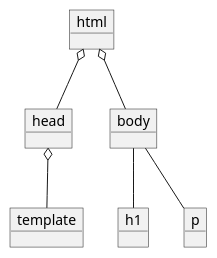
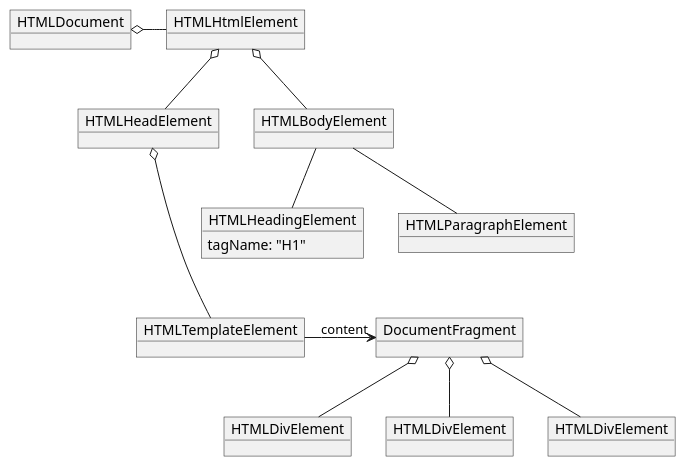
The second of 2 diagrams in pages/two-step-parsing.md (stroiman/presentation-driving-it-2025), drawn with PlantUML before and after one commit. The commit also changed other lines of this file and 20 other files, not shown here.

````diff
--- a/pages/two-step-parsing.md
+++ b/pages/two-step-parsing.md
@@ -57,19 +101,33 @@
 ```plantuml
 @startuml
 
 skinparam backgroundColor transparent
 
-object html
-object head
-object body
-object h1
-object p
-object template
+object HTMLDocument
+object HTMLHtmlElement
+object HTMLHeadElement
+object HTMLBodyElement
+object "HTMLHeadingElement" as h1 {
+    tagName: "H1"
+}
+object "HTMLParagraphElement" as p
+object HTMLTemplateElement
+object DocumentFragment
+object "HTMLDivElement" as d1
+object "HTMLDivElement" as d2
+object "HTMLDivElement" as d3
 
-html o-- head
-html o-- body
-head o-- template
-body -- h1
-body -- p
+HTMLDocument o- HTMLHtmlElement
+HTMLHtmlElement o-- HTMLHeadElement
+HTMLHtmlElement o-- HTMLBodyElement
+HTMLHeadElement o--- HTMLTemplateElement
+HTMLBodyElement -- h1
+HTMLBodyElement -- p
+
+p --[hidden]> DocumentFragment
+HTMLTemplateElement ----r--> "content" DocumentFragment
+DocumentFragment o-- d1
+DocumentFragment o-- d2
+DocumentFragment o-- d3
 @enduml
 ```
````
